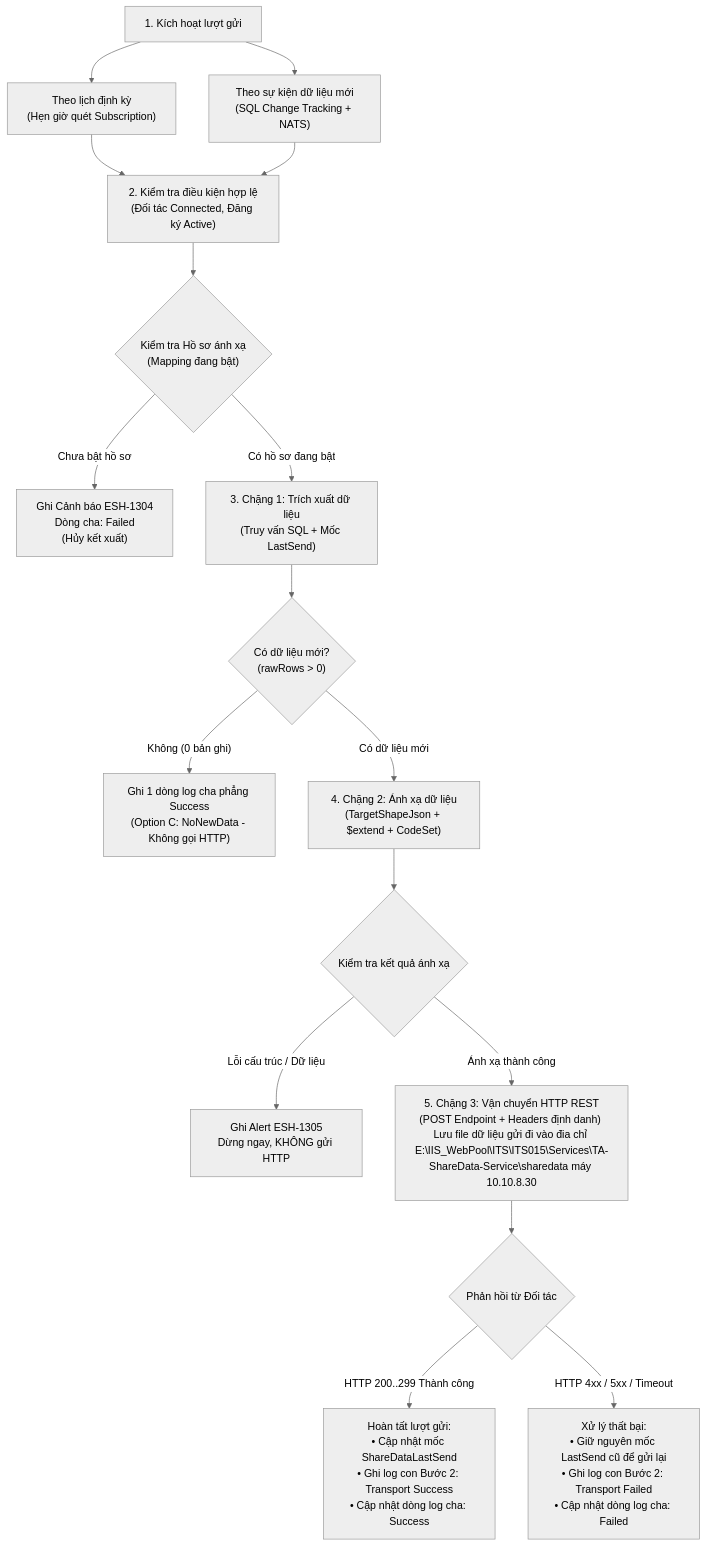
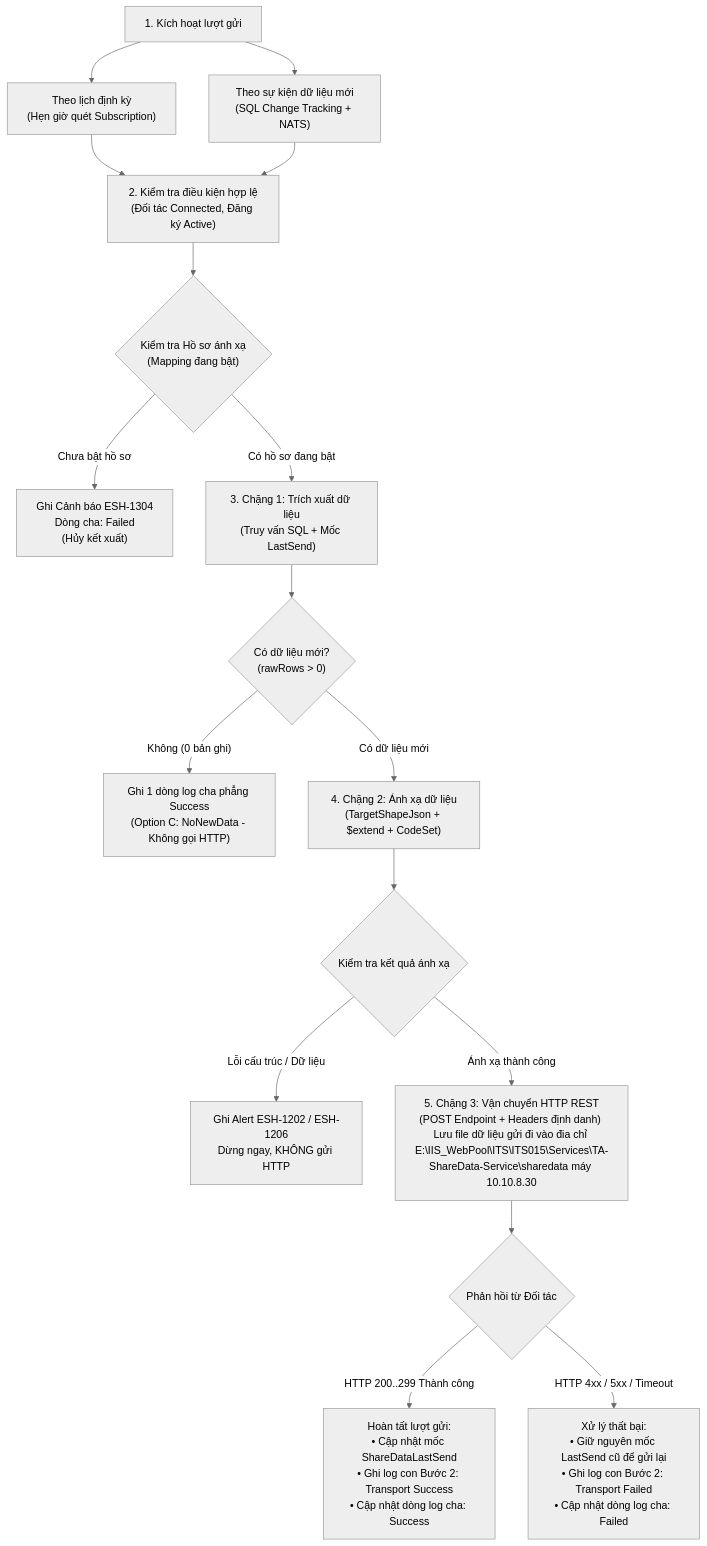
Before and after one commit to DatHoang29/ThienAn: the second of 4 diagrams in DocBusinessThienAn/HữuNghị-ChiLăng/ShareData/DacTa/Đặc tả Background Service ShareData.md, drawn with Mermaid (neutral theme). The commit also changed other lines of this file and 3 other files, not shown here.

````diff
--- a/DocBusinessThienAn/HữuNghị-ChiLăng/ShareData/DacTa/Đặc tả Background Service ShareData.md
+++ b/DocBusinessThienAn/HữuNghị-ChiLăng/ShareData/DacTa/Đặc tả Background Service ShareData.md
@@ -114,24 +114,24 @@
 ```mermaid
 flowchart TD
     T1["1. Kích hoạt lượt gửi"] --> T1A["Theo lịch định kỳ<br/>(Hẹn giờ quét Subscription)"]
     T1 --> T1B["Theo sự kiện dữ liệu mới<br/>(SQL Change Tracking + NATS)"]
     
     T1A --> T2["2. Kiểm tra điều kiện hợp lệ<br/>(Đối tác Connected, Đăng ký Active)"]
     T1B --> T2
     
     T2 --> T3{"Kiểm tra Hồ sơ ánh xạ<br/>(Mapping đang bật)"}
     T3 -- "Chưa bật hồ sơ" --> E_MAP["Ghi Cảnh báo ESH-1304<br/>Dòng cha: Failed<br/>(Hủy kết xuất)"]
     T3 -- "Có hồ sơ đang bật" --> T4["3. Chặng 1: Trích xuất dữ liệu<br/>(Truy vấn SQL + Mốc LastSend)"]
     
     T4 --> T5{"Có dữ liệu mới?<br/>(rawRows > 0)"}
     T5 -- "Không (0 bản ghi)" --> LOG_FLAT["Ghi 1 dòng log cha phẳng Success<br/>(Option C: NoNewData - Không gọi HTTP)"]
     T5 -- "Có dữ liệu mới" --> T6["4. Chặng 2: Ánh xạ dữ liệu<br/>(TargetShapeJson + $extend + CodeSet)"]
     
     T6 --> T7{"Kiểm tra kết quả ánh xạ"}
-    T7 -- "Lỗi cấu trúc / Dữ liệu" --> E_MAP_ERR["Ghi Alert ESH-1305<br/>Dừng ngay, KHÔNG gửi HTTP"]
+    T7 -- "Lỗi cấu trúc / Dữ liệu" --> E_MAP_ERR["Ghi Alert ESH-1202 / ESH-1206<br/>Dừng ngay, KHÔNG gửi HTTP"]
     T7 -- "Ánh xạ thành công" --> T8["5. Chặng 3: Vận chuyển HTTP REST<br/>(POST Endpoint + Headers định danh)" Lưu file dữ liệu gửi đi vào đia chỉ E:\IIS_WebPool\ITS\ITS015\Services\TA-ShareData-Service\sharedata máy 10.10.8.30]
     
     T8 --> T9{"Phản hồi từ Đối tác"}
     T9 -- "HTTP 200..299 Thành công" --> S_OK["Hoàn tất lượt gửi:<br/>• Cập nhật mốc ShareDataLastSend<br/>• Ghi log con Bước 2: Transport Success<br/>• Cập nhật dòng log cha: Success"]
     T9 -- "HTTP 4xx / 5xx / Timeout" --> S_FAIL["Xử lý thất bại:<br/>• Giữ nguyên mốc LastSend cũ để gửi lại<br/>• Ghi log con Bước 2: Transport Failed<br/>• Cập nhật dòng log cha: Failed"]
 ```
````
